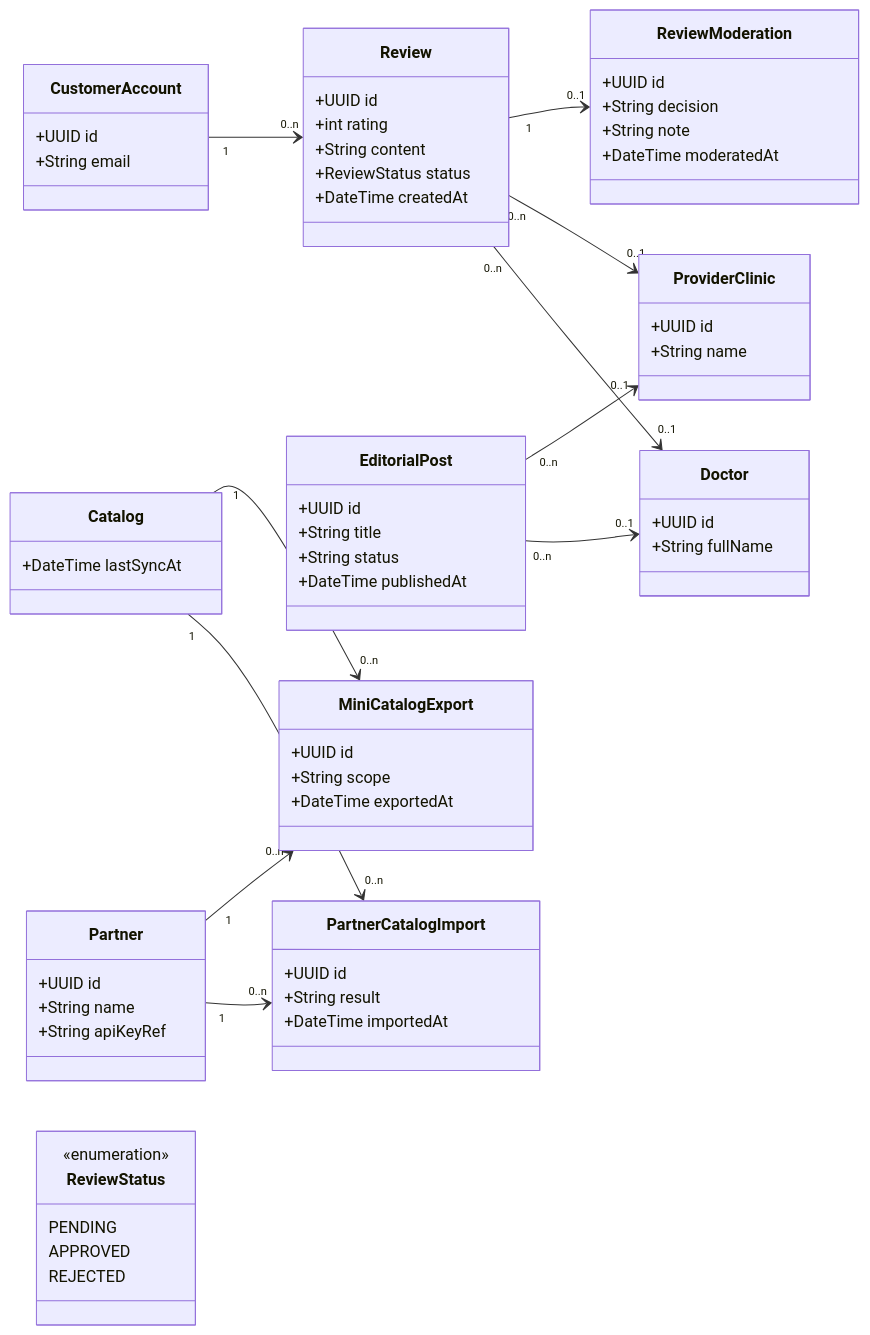
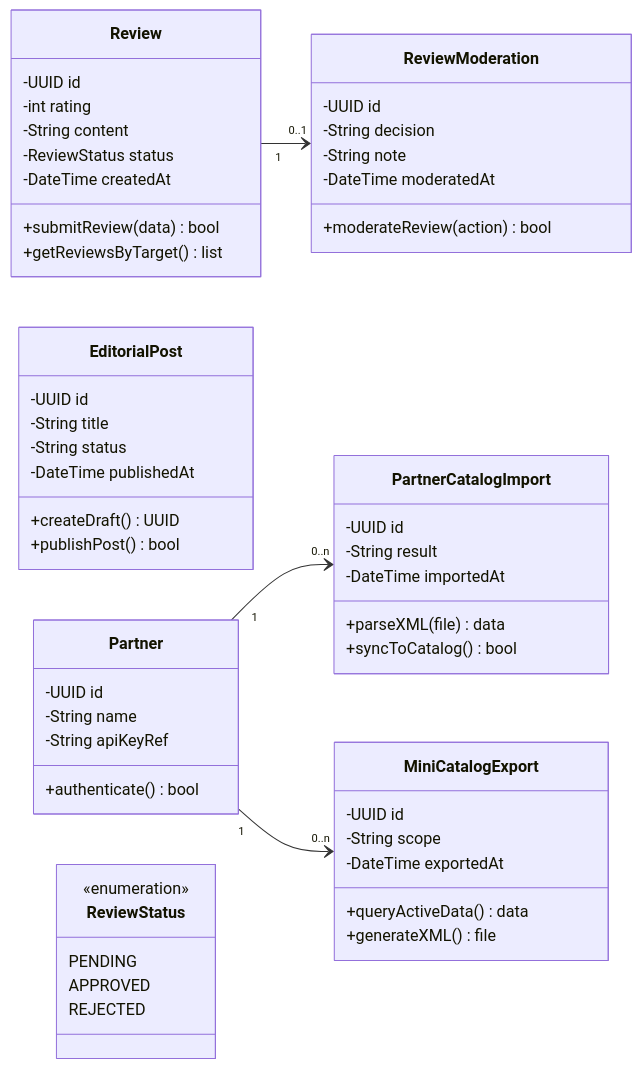
Before and after one commit to qhun22/qq: the fourth of 5 diagrams in README.md, drawn with Mermaid. The commit also changed other lines of this file, not shown here.

````diff
--- a/README.md
+++ b/README.md
@@ -336,63 +331,54 @@
 classDiagram
   direction LR
 
-  class CustomerAccount {
-    +UUID id
-    +String email
-  }
-
-  class ProviderClinic {
-    +UUID id
-    +String name
-  }
-
-  class Doctor {
-    +UUID id
-    +String fullName
-  }
-
   class Review {
-    +UUID id
-    +int rating
-    +String content
-    +ReviewStatus status
-    +DateTime createdAt
+    -UUID id
+    -int rating
+    -String content
+    -ReviewStatus status
+    -DateTime createdAt
+    +submitReview(data) bool
+    +getReviewsByTarget() list
   }
 
   class ReviewModeration {
-    +UUID id
-    +String decision
-    +String note
-    +DateTime moderatedAt
+    -UUID id
+    -String decision
+    -String note
+    -DateTime moderatedAt
+    +moderateReview(action) bool
   }
 
   class EditorialPost {
-    +UUID id
-    +String title
-    +String status
-    +DateTime publishedAt
+    -UUID id
+    -String title
+    -String status
+    -DateTime publishedAt
+    +createDraft() UUID
+    +publishPost() bool
   }
 
   class Partner {
-    +UUID id
-    +String name
-    +String apiKeyRef
-  }
-
-  class Catalog {
-    +DateTime lastSyncAt
+    -UUID id
+    -String name
+    -String apiKeyRef
+    +authenticate() bool
   }
 
   class PartnerCatalogImport {
-    +UUID id
-    +String result
-    +DateTime importedAt
+    -UUID id
+    -String result
+    -DateTime importedAt
+    +parseXML(file) data
+    +syncToCatalog() bool
   }
 
   class MiniCatalogExport {
-    +UUID id
-    +String scope
-    +DateTime exportedAt
+    -UUID id
+    -String scope
+    -DateTime exportedAt
+    +queryActiveData() data
+    +generateXML() file
   }
 
   class ReviewStatus {
@@ -402,16 +388,7 @@
     REJECTED
   }
 
-  CustomerAccount "1" --> "0..n" Review
-  Review "0..n" --> "0..1" Doctor
-  Review "0..n" --> "0..1" ProviderClinic
   Review "1" --> "0..1" ReviewModeration
-
-  EditorialPost "0..n" --> "0..1" Doctor
-  EditorialPost "0..n" --> "0..1" ProviderClinic
-
   Partner "1" --> "0..n" PartnerCatalogImport
   Partner "1" --> "0..n" MiniCatalogExport
-  Catalog "1" --> "0..n" PartnerCatalogImport
-  Catalog "1" --> "0..n" MiniCatalogExport
 ```
````
